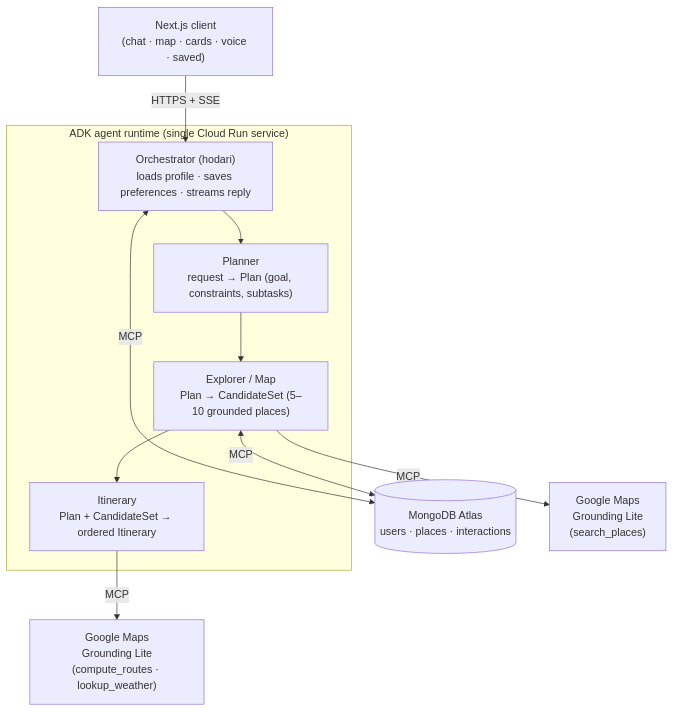
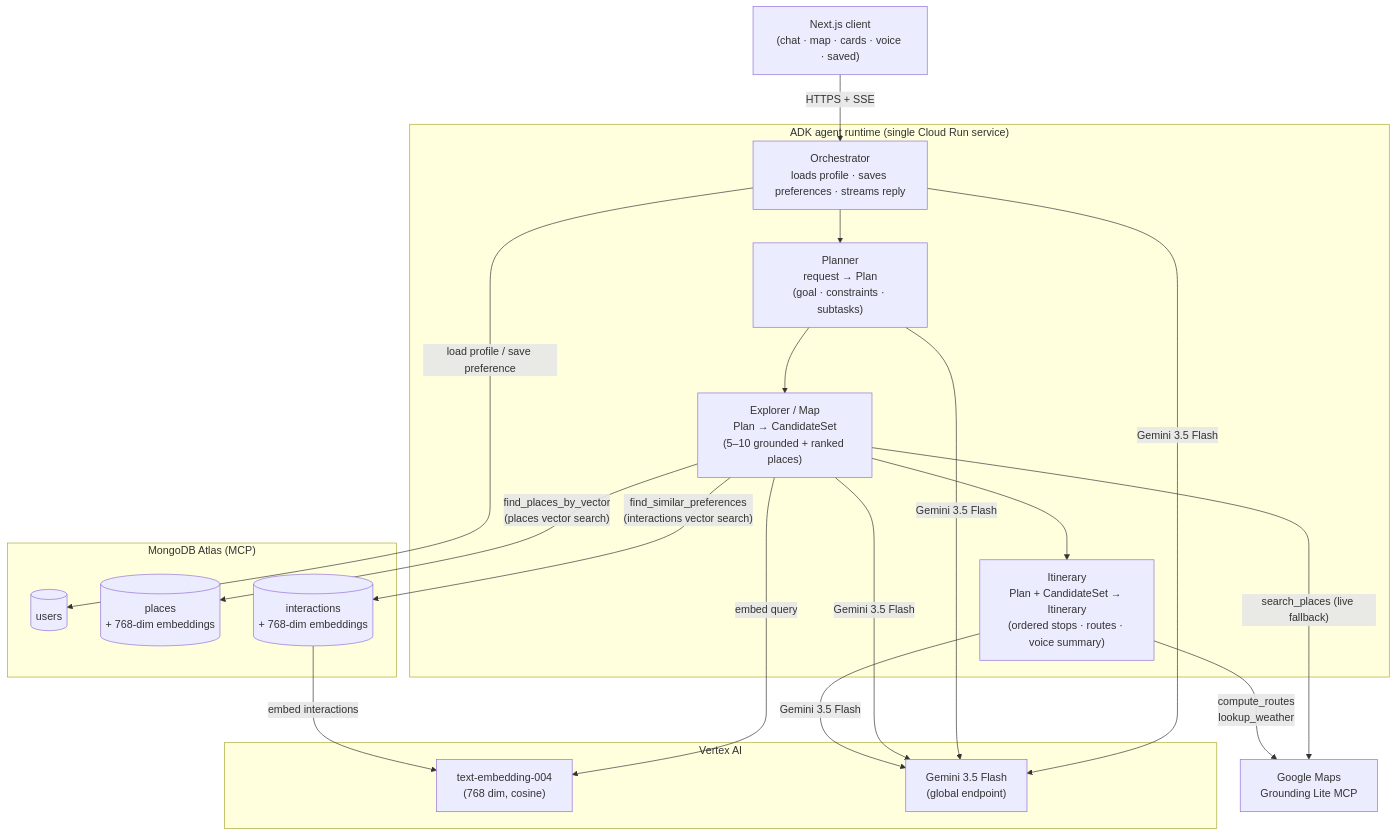
Before and after one commit to ganji759/Map_Me: the diagram in README.md, drawn with Mermaid. The commit also changed other lines of this file, not shown here.

Commit message:
docs: rewrite architecture diagram to show vector search, embeddings, and Explorer tools

````diff
--- a/README.md
+++ b/README.md
@@ -32,16 +32,31 @@
 ```mermaid
 flowchart TD
     C["Next.js client<br/>(chat · map · cards · voice · saved)"] -- "HTTPS + SSE" --> O
 
     subgraph ADK["ADK agent runtime (single Cloud Run service)"]
-        O["Orchestrator (hodari)<br/>loads profile · saves preferences · streams reply"]
-        O --> P["Planner<br/>request → Plan (goal, constraints, subtasks)"]
-        P --> E["Explorer / Map<br/>Plan → CandidateSet (5–10 grounded places)"]
-        E --> I["Itinerary<br/>Plan + CandidateSet → ordered Itinerary"]
+        O["Orchestrator<br/>loads profile · saves preferences · streams reply"]
+        O --> P["Planner<br/>request → Plan<br/>(goal · constraints · subtasks)"]
+        P --> E["Explorer / Map<br/>Plan → CandidateSet<br/>(5–10 grounded + ranked places)"]
+        E --> I["Itinerary<br/>Plan + CandidateSet → Itinerary<br/>(ordered stops · routes · voice summary)"]
     end
 
-    O <-- "MCP" --> M[("MongoDB Atlas<br/>users · places · interactions")]
-    E <-- "MCP" --> M
-    E -- "MCP" --> G["Google Maps<br/>Grounding Lite<br/>(search_places)"]
-    I -- "MCP" --> G2["Google Maps<br/>Grounding Lite<br/>(compute_routes · lookup_weather)"]
+    subgraph Mongo["MongoDB Atlas (MCP)"]
+        U[("users")]
+        PL[("places<br/>+ 768-dim embeddings")]
+        IX[("interactions<br/>+ 768-dim embeddings")]
+    end
+
+    subgraph VTX["Vertex AI"]
+        EM["text-embedding-004<br/>(768 dim, cosine)"]
+        LLM["Gemini 3.5 Flash<br/>(global endpoint)"]
+    end
+
+    O -- "load profile / save preference" --> U
+    E -- "find_places_by_vector<br/>(places vector search)" --> PL
+    E -- "find_similar_preferences<br/>(interactions vector search)" --> IX
+    E -- "embed query" --> EM
+    IX -- "embed interactions" --> EM
+    E -- "search_places (live fallback)" --> G["Google Maps<br/>Grounding Lite MCP"]
+    I -- "compute_routes<br/>lookup_weather" --> G
+    O & P & E & I -- "Gemini 3.5 Flash" --> LLM
 ```
````
